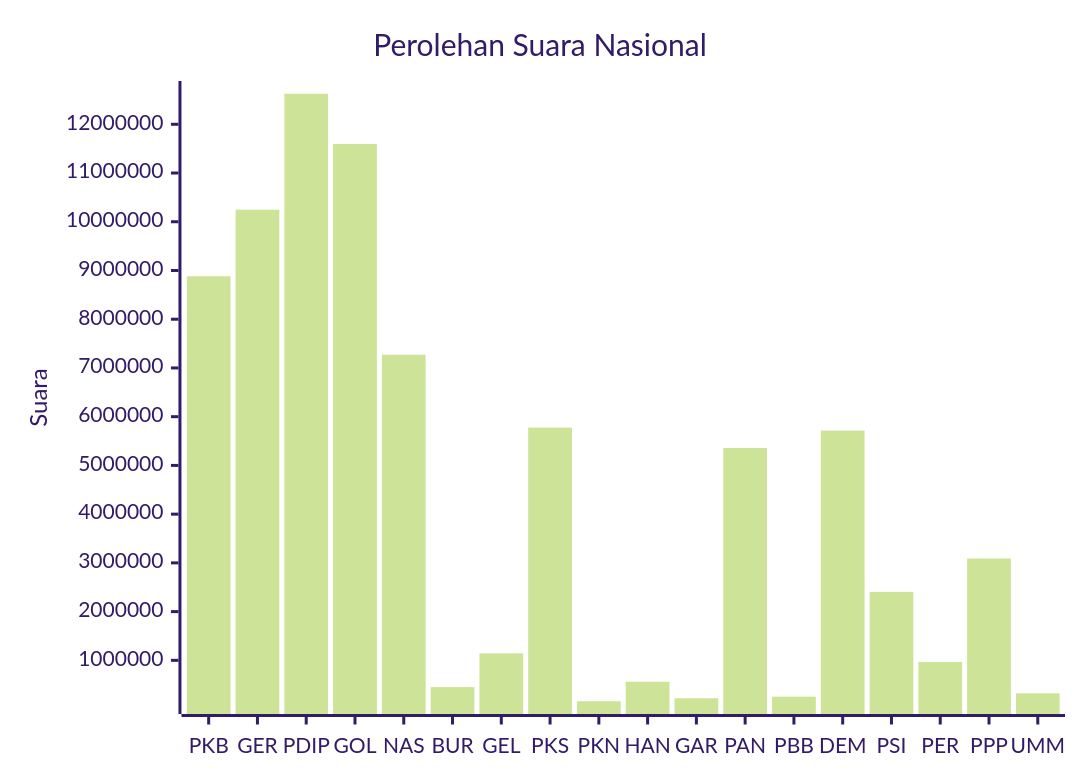
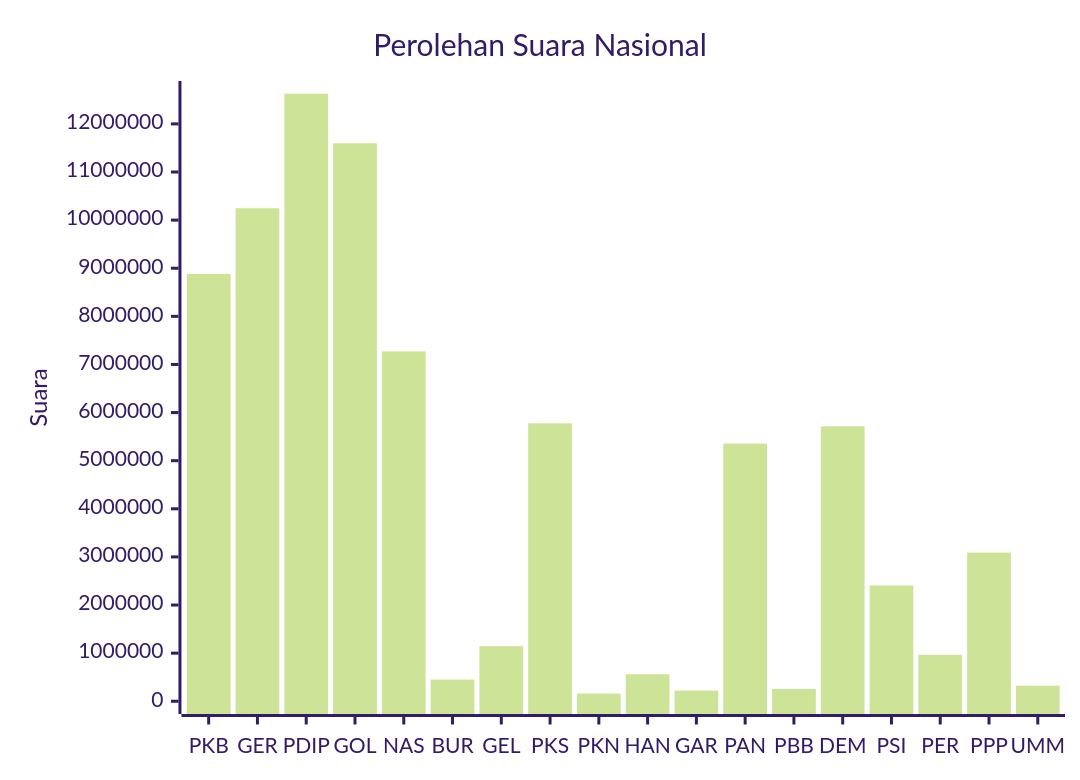
One commit to gigit-pemilu/pemilu-2024 changed the diagram in pileg-dpr/hitung-suara/README.md. Above: the diagram before and after it, drawn with Mermaid (forest theme). The commit also changed 57 other files, not shown here.

````diff
--- a/pileg-dpr/hitung-suara/README.md
+++ b/pileg-dpr/hitung-suara/README.md
@@ -85,7 +85,7 @@
 ```mermaid
 xychart-beta
     title "Perolehan Suara Nasional"
     x-axis [PKB, GER, PDIP, GOL, NAS, BUR, GEL, PKS, PKN, HAN, GAR, PAN, PBB, DEM, PSI, PER, PPP, UMM]
-    y-axis "Suara"
+    y-axis "Suara" 0 --> 12626481
     bar [8881543, 10247497, 12626481, 11596940, 7271507, 451132, 1144364, 5776423, 160697, 561635, 222308, 5356898, 254969, 5714569, 2405619, 966203, 3090053, 323171]
 ```
````
